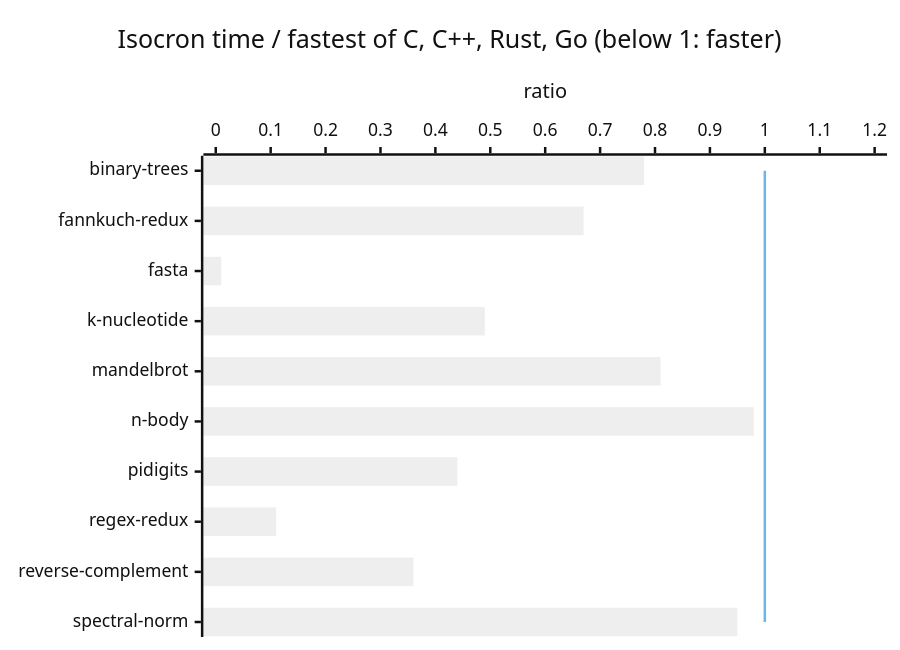
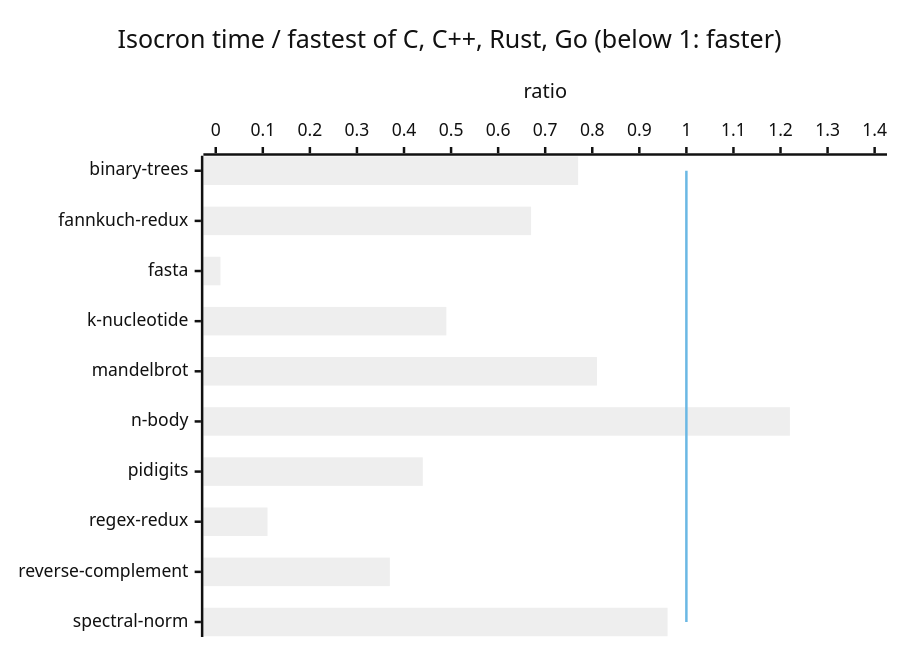
One commit to jbillard/isocron changed the diagram in results/benchmarks_game.md. Above: the diagram before and after it, drawn with Mermaid (neutral theme). The commit also changed other lines of this file and 23 other files, not shown here.

````diff
--- a/results/benchmarks_game.md
+++ b/results/benchmarks_game.md
@@ -23,8 +23,8 @@
 ```mermaid
 xychart-beta horizontal
     title "Isocron time / fastest of C, C++, Rust, Go (below 1: faster)"
     x-axis ["binary-trees", "fannkuch-redux", "fasta", "k-nucleotide", "mandelbrot", "n-body", "pidigits", "regex-redux", "reverse-complement", "spectral-norm"]
-    y-axis "ratio" 0 --> 1.2
-    bar [0.78, 0.67, 0.01, 0.49, 0.81, 0.98, 0.44, 0.11, 0.36, 0.95]
+    y-axis "ratio" 0 --> 1.4
+    bar [0.77, 0.67, 0.01, 0.49, 0.81, 1.22, 0.44, 0.11, 0.37, 0.96]
     line [1.00, 1.00, 1.00, 1.00, 1.00, 1.00, 1.00, 1.00, 1.00, 1.00]
 ```
````
